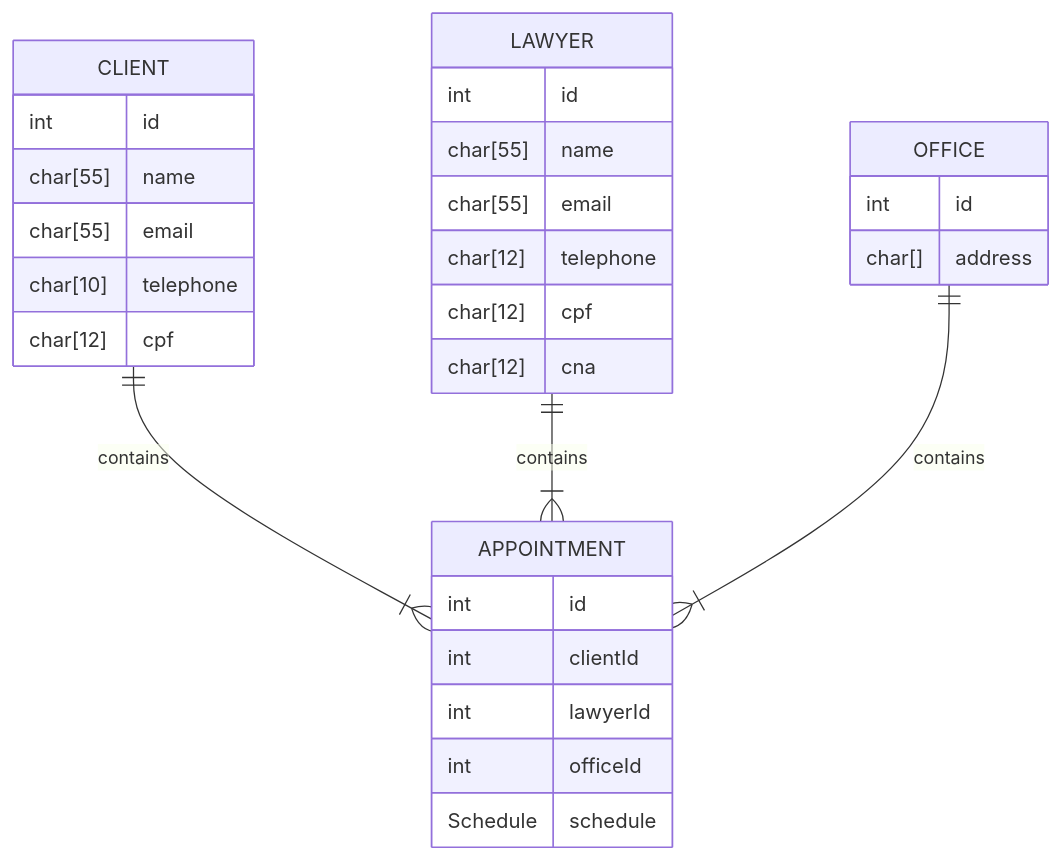
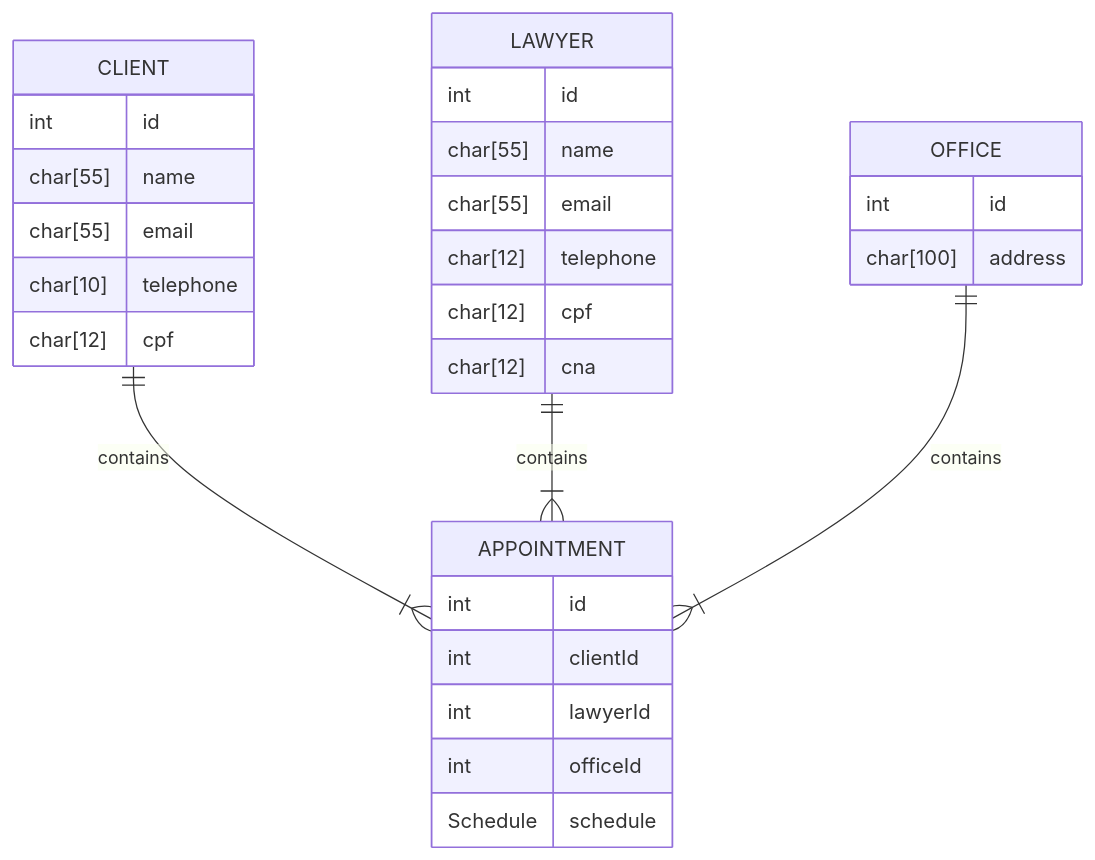
The diagram in README.md (akemi-adam/sig-law), drawn with Mermaid before and after one commit. The commit also changed 2 other files, not shown here.

Commit message:
new: Formulário para cadastrar escritório

````diff
--- a/README.md
+++ b/README.md
@@ -10,36 +10,36 @@
 ```mermaid
 erDiagram
 
 CLIENT ||--|{ APPOINTMENT : contains
 CLIENT {
     int id
     char[55] name
     char[55] email
     char[10] telephone
     char[12] cpf
 }
 
 LAWYER ||--|{ APPOINTMENT : contains
 LAWYER {
     int id
     char[55] name
     char[55] email
     char[12] telephone
     char[12] cpf
     char[12] cna
 }
 
 APPOINTMENT {
     int id
     int clientId
     int lawyerId
     int officeId
     Schedule schedule
 }
 
 OFFICE ||--|{ APPOINTMENT : contains
 OFFICE {
     int id
-    char[] address
+    char[100] address
 }
 ```
````
